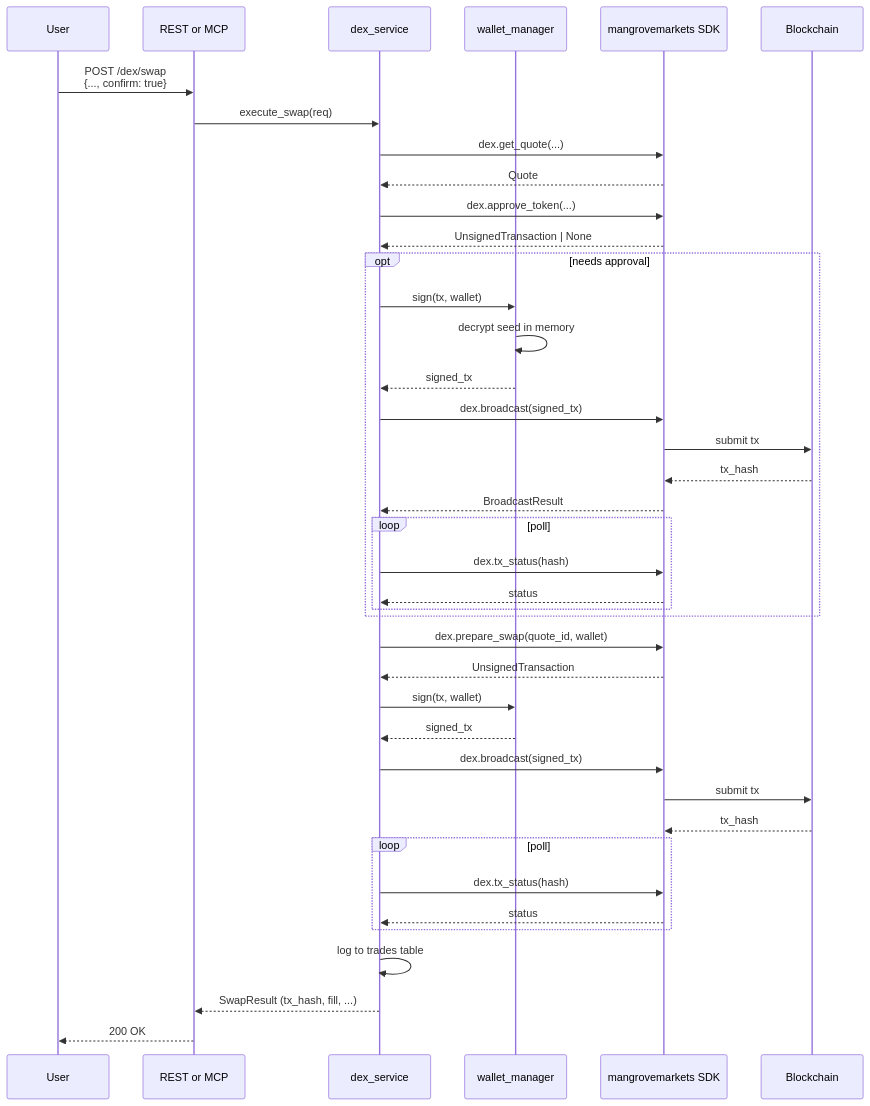
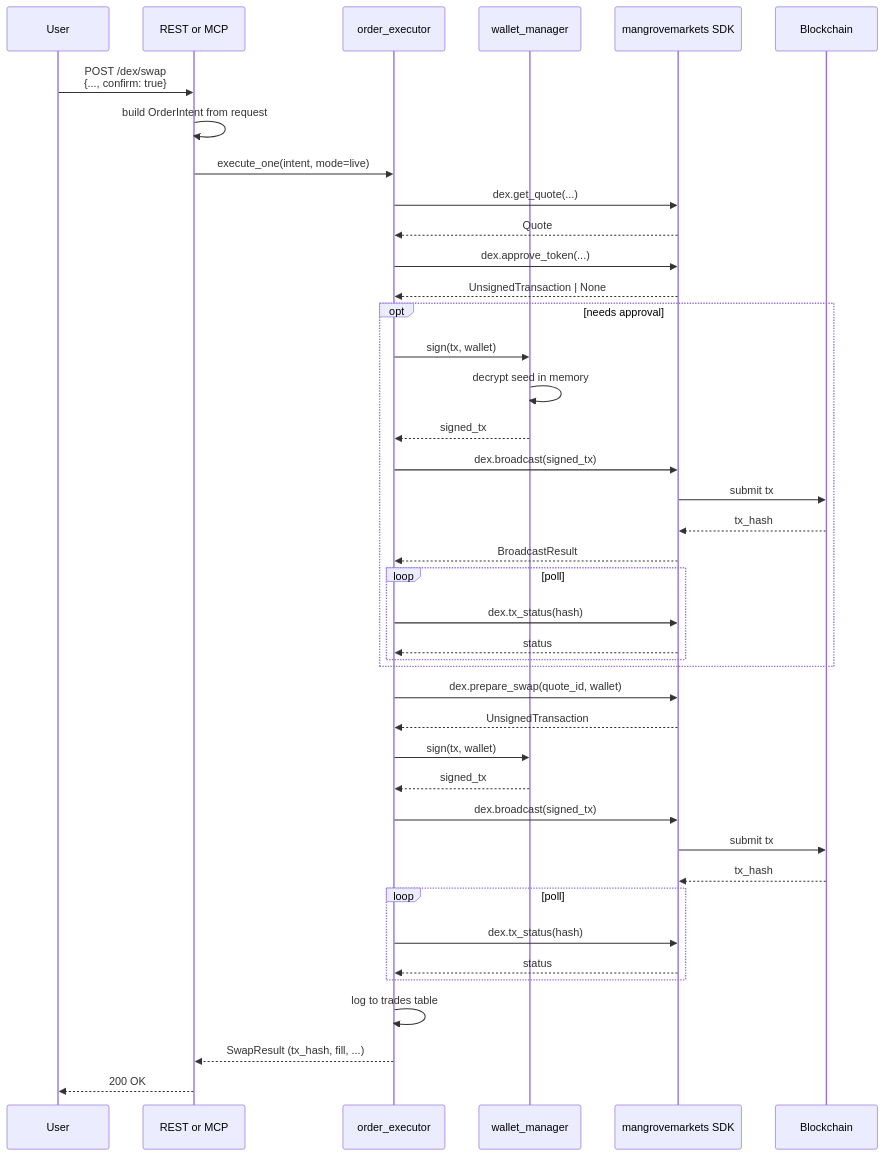
One commit to MangroveTechnologies/app-in-a-box changed the seventh of 9 diagrams in docs/architecture.md. Above: the diagram before and after it, drawn with Mermaid. The commit also changed other lines of this file and 1 other file, not shown here.

First line of the commit message:
spec + architecture: drop pass-through services, keep x402

````diff
--- a/docs/architecture.md
+++ b/docs/architecture.md
@@ -270,45 +271,46 @@
 ```mermaid
 sequenceDiagram
     participant U as User
     participant API as REST or MCP
-    participant DS as dex_service
+    participant OE as order_executor
     participant WM as wallet_manager
     participant SDK as mangrovemarkets SDK
     participant Chain as Blockchain
 
     U->>API: POST /dex/swap<br/>{..., confirm: true}
-    API->>DS: execute_swap(req)
-    DS->>SDK: dex.get_quote(...)
-    SDK-->>DS: Quote
-    DS->>SDK: dex.approve_token(...)
-    SDK-->>DS: UnsignedTransaction | None
+    API->>API: build OrderIntent from request
+    API->>OE: execute_one(intent, mode=live)
+    OE->>SDK: dex.get_quote(...)
+    SDK-->>OE: Quote
+    OE->>SDK: dex.approve_token(...)
+    SDK-->>OE: UnsignedTransaction | None
 
     opt needs approval
-        DS->>WM: sign(tx, wallet)
+        OE->>WM: sign(tx, wallet)
         WM->>WM: decrypt seed in memory
-        WM-->>DS: signed_tx
-        DS->>SDK: dex.broadcast(signed_tx)
+        WM-->>OE: signed_tx
+        OE->>SDK: dex.broadcast(signed_tx)
         SDK->>Chain: submit tx
         Chain-->>SDK: tx_hash
-        SDK-->>DS: BroadcastResult
+        SDK-->>OE: BroadcastResult
         loop poll
-            DS->>SDK: dex.tx_status(hash)
-            SDK-->>DS: status
+            OE->>SDK: dex.tx_status(hash)
+            SDK-->>OE: status
         end
     end
 
-    DS->>SDK: dex.prepare_swap(quote_id, wallet)
-    SDK-->>DS: UnsignedTransaction
-    DS->>WM: sign(tx, wallet)
-    WM-->>DS: signed_tx
-    DS->>SDK: dex.broadcast(signed_tx)
+    OE->>SDK: dex.prepare_swap(quote_id, wallet)
+    SDK-->>OE: UnsignedTransaction
+    OE->>WM: sign(tx, wallet)
+    WM-->>OE: signed_tx
+    OE->>SDK: dex.broadcast(signed_tx)
     SDK->>Chain: submit tx
     Chain-->>SDK: tx_hash
     loop poll
-        DS->>SDK: dex.tx_status(hash)
-        SDK-->>DS: status
+        OE->>SDK: dex.tx_status(hash)
+        SDK-->>OE: status
     end
-    DS->>DS: log to trades table
-    DS-->>API: SwapResult (tx_hash, fill, ...)
+    OE->>OE: log to trades table
+    OE-->>API: SwapResult (tx_hash, fill, ...)
     API-->>U: 200 OK
 ```
````
